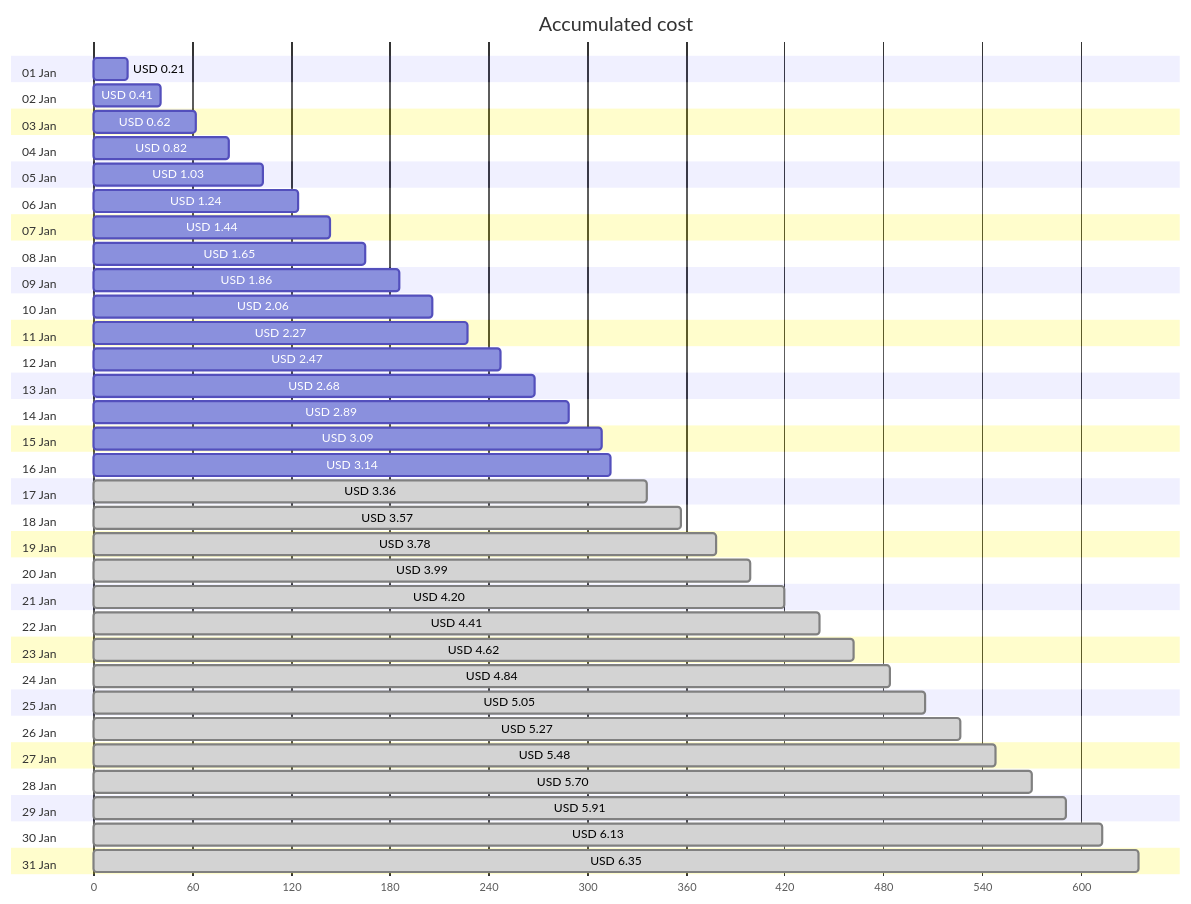
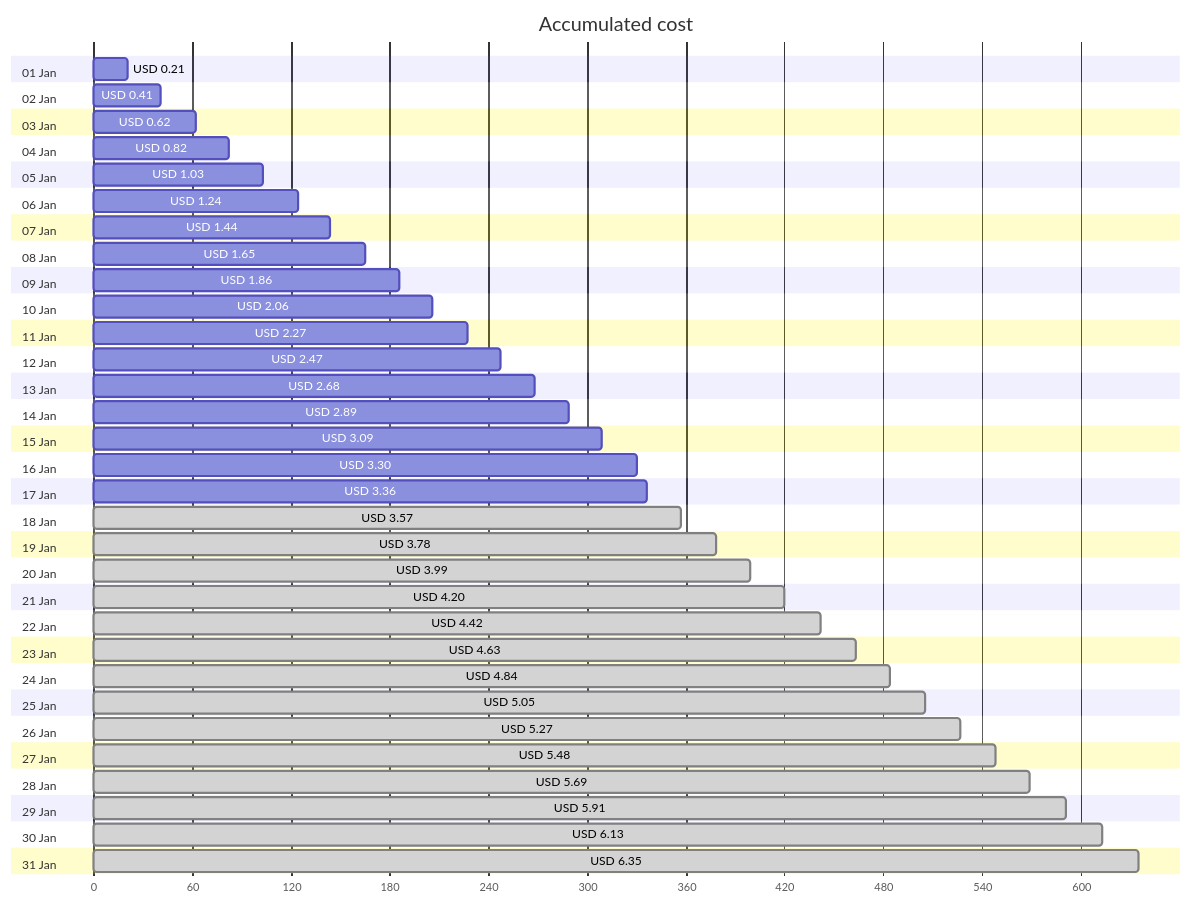
Before and after one commit to jpfulton/azure-personal-reports: the first of 4 diagrams in cost-reports/personal-network/backup-server.md, drawn with Mermaid. The commit also changed other lines of this file and 8 other files, not shown here.

````diff
--- a/cost-reports/personal-network/backup-server.md
+++ b/cost-reports/personal-network/backup-server.md
@@ -20,68 +20,68 @@
 ```mermaid
 gantt
    title Accumulated cost
    dateFormat  X
    axisFormat %s
    section 01 Jan
    USD 0.21 :0, 21
    section 02 Jan
    USD 0.41 :0, 41
    section 03 Jan
    USD 0.62 :0, 62
    section 04 Jan
    USD 0.82 :0, 82
    section 05 Jan
    USD 1.03 :0, 103
    section 06 Jan
    USD 1.24 :0, 124
    section 07 Jan
    USD 1.44 :0, 144
    section 08 Jan
    USD 1.65 :0, 165
    section 09 Jan
    USD 1.86 :0, 186
    section 10 Jan
    USD 2.06 :0, 206
    section 11 Jan
    USD 2.27 :0, 227
    section 12 Jan
    USD 2.47 :0, 247
    section 13 Jan
    USD 2.68 :0, 268
    section 14 Jan
    USD 2.89 :0, 289
    section 15 Jan
    USD 3.09 :0, 309
    section 16 Jan
-   USD 3.14 :0, 314
+   USD 3.30 :0, 330
    section 17 Jan
-   USD 3.36 : done, 0, 336
+   USD 3.36 :0, 336
    section 18 Jan
    USD 3.57 : done, 0, 357
    section 19 Jan
    USD 3.78 : done, 0, 378
    section 20 Jan
    USD 3.99 : done, 0, 399
    section 21 Jan
    USD 4.20 : done, 0, 420
    section 22 Jan
-   USD 4.41 : done, 0, 441
+   USD 4.42 : done, 0, 442
    section 23 Jan
-   USD 4.62 : done, 0, 462
+   USD 4.63 : done, 0, 463
    section 24 Jan
    USD 4.84 : done, 0, 484
    section 25 Jan
    USD 5.05 : done, 0, 505
    section 26 Jan
    USD 5.27 : done, 0, 527
    section 27 Jan
    USD 5.48 : done, 0, 548
    section 28 Jan
-   USD 5.70 : done, 0, 570
+   USD 5.69 : done, 0, 569
    section 29 Jan
    USD 5.91 : done, 0, 591
    section 30 Jan
    USD 6.13 : done, 0, 613
    section 31 Jan
    USD 6.35 : done, 0, 635
 ```
````
